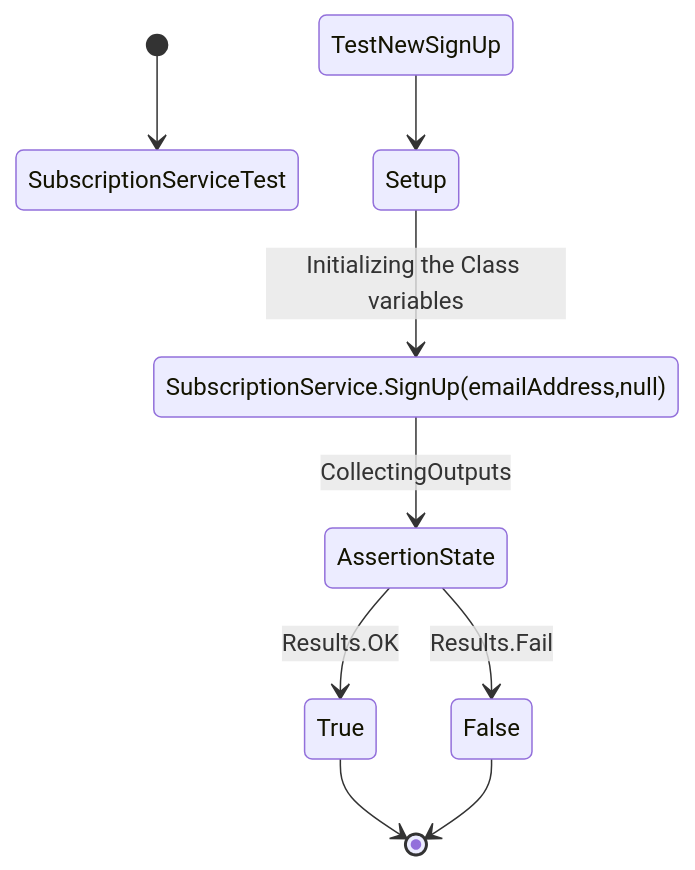
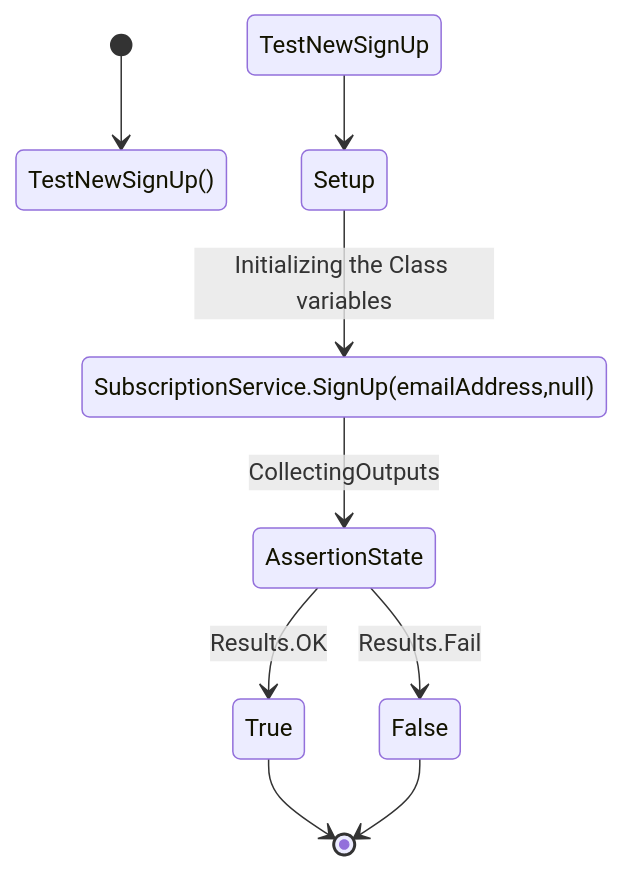
Before and after one commit to Emsaso/GetNews: the second of 11 diagrams in model/tests/test.md, drawn with Mermaid.

````diff
--- a/model/tests/test.md
+++ b/model/tests/test.md
@@ -33,35 +33,35 @@
 ```mermaid
 stateDiagram-v2
-[*] --> SubscriptionServiceTest
+[*] --> TestNewSignUp()
     TestNewSignUp --> Setup
     Setup --> SubscriptionService.SignUp(emailAddress,null):Initializing the Class variables
     
 #    state AssertionState <<choice>>
 #    state SubscriptionCheck <<choice>>
 #    state EnsureEmailValidity <<choice>>
 
 #    EnsureEmailValidity
 #       [*] --> EnsureEmailValidity
 #
 #        state CollectingInputs
 #        state HandleInvalidEmail
 #        state join_state <<join>>
 
 #        CollectingInputs --> EmailAddress.IsValid()
 #            EmailAddress.IsValid()--> (bool)HandleInvalidEmail
 #            HandleInvalidEmail  --> AssertionState
 
 #        EmailAddress.IsValid() --> SubscriptionCheck
             
 #            state HandleNullSubscription
 #            HandleNullSubscription --> CreateSubScription
 #            CreateSubScription --> AssertionState
         
 
     SubscriptionService.SignUp(emailAddress,null) --> AssertionState:CollectingOutputs
     
     AssertionState --> True:Results.OK
     AssertionState --> False:Results.Fail
     True --> [*]
     False --> [*]
 ```
````
